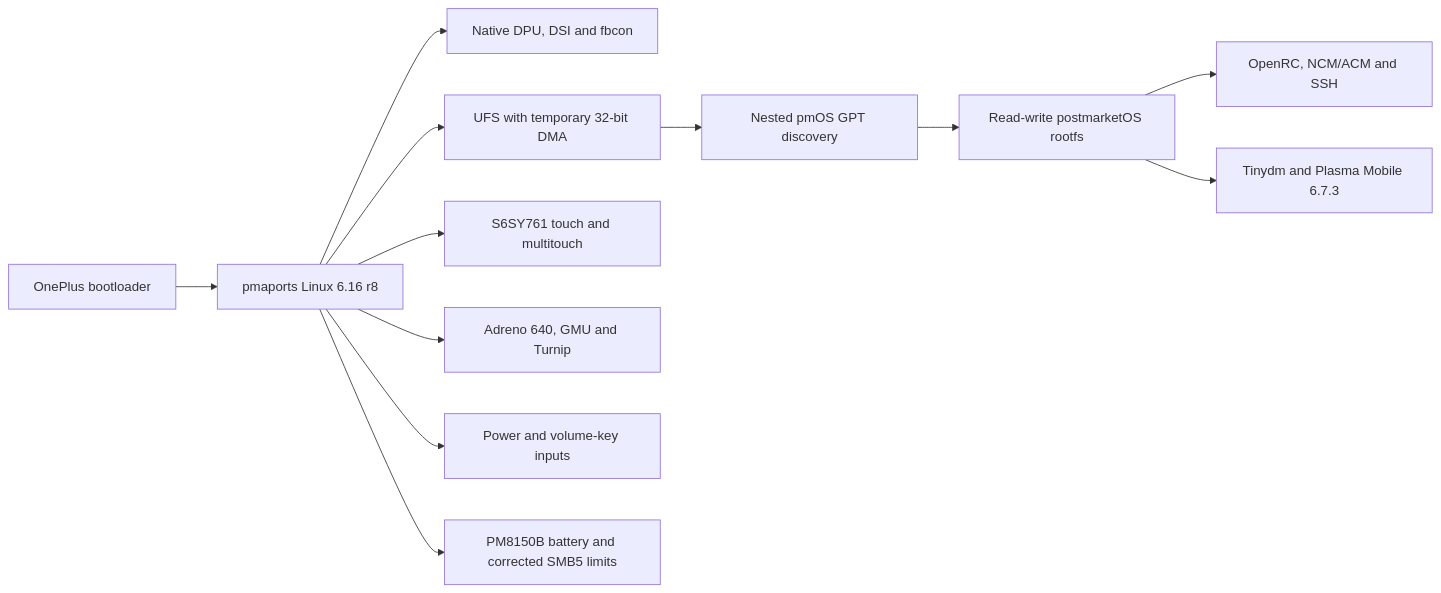
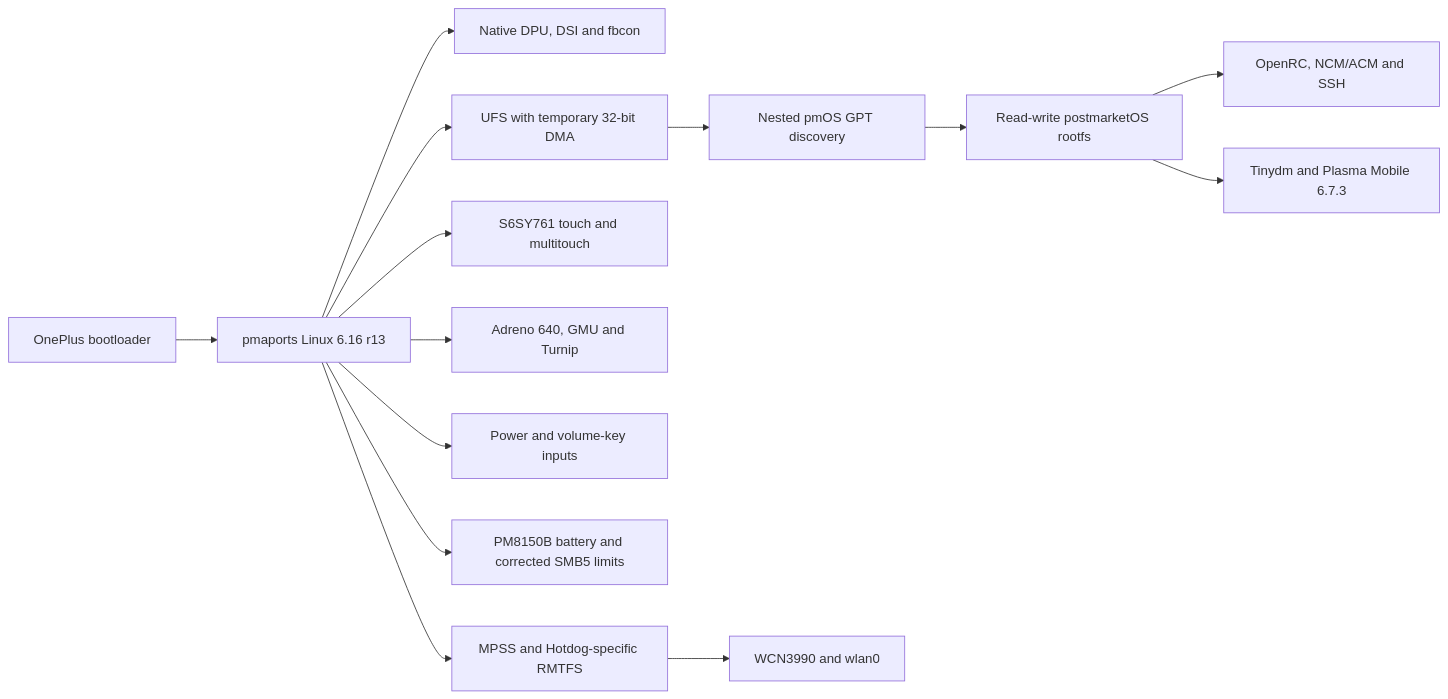
One commit to Sr-0w/hotdog-linux-bringup changed the diagram in README.md. Above: the diagram before and after it, drawn with Mermaid. The commit also changed other lines of this file and 14 other files, not shown here.

Commit message:
wifi: validate WCN3990 with Hotdog RMTFS

````diff
--- a/README.md
+++ b/README.md
@@ -180,14 +199,16 @@
 ```mermaid
 flowchart LR
-    A["OnePlus bootloader"] --> B["pmaports Linux 6.16 r8"]
+    A["OnePlus bootloader"] --> B["pmaports Linux 6.16 r13"]
     B --> C["Native DPU, DSI and fbcon"]
     B --> D["UFS with temporary 32-bit DMA"]
     D --> E["Nested pmOS GPT discovery"]
     E --> F["Read-write postmarketOS rootfs"]
     F --> G["OpenRC, NCM/ACM and SSH"]
     F --> L["Tinydm and Plasma Mobile 6.7.3"]
     B --> H["S6SY761 touch and multitouch"]
     B --> I["Adreno 640, GMU and Turnip"]
     B --> J["Power and volume-key inputs"]
     B --> K["PM8150B battery and corrected SMB5 limits"]
+    B --> M["MPSS and Hotdog-specific RMTFS"]
+    M --> N["WCN3990 and wlan0"]
 ```
````
